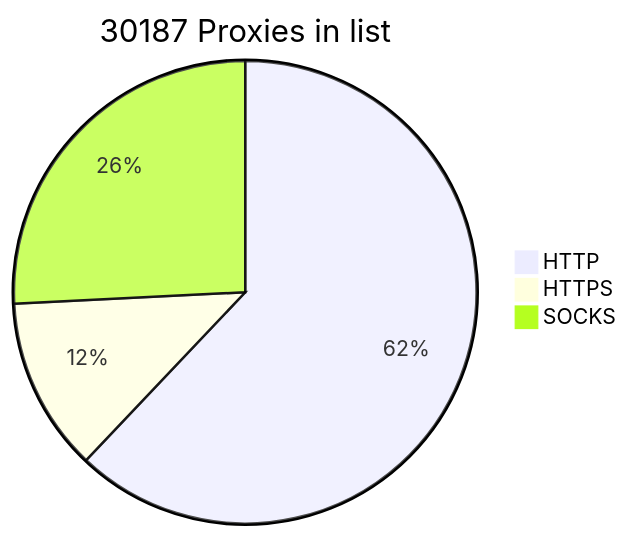
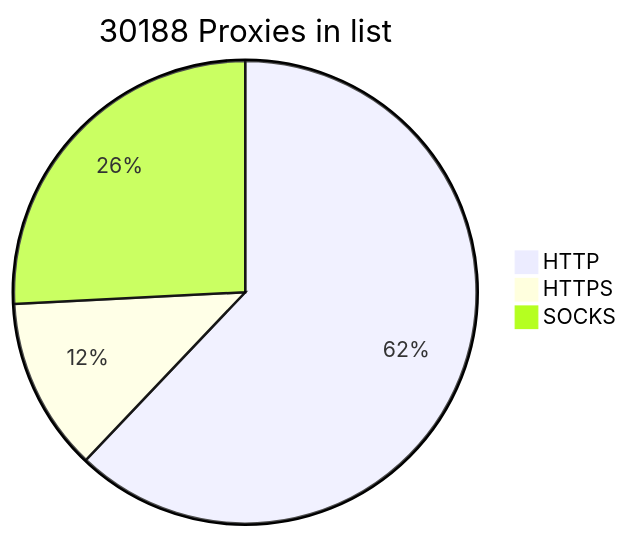
The diagram in README.md (BlackSnowDot/proxylist-update-every-minute), drawn with Mermaid before and after one commit.

````diff
--- a/README.md
+++ b/README.md
@@ -2,6 +2,6 @@
 ```mermaid
-pie title 30187 Proxies in list
-    "HTTP" : 20596
-    "HTTPS": 4027
-    "SOCKS" : 8559
+pie title 30188 Proxies in list
+    "HTTP" : 20597
+    "HTTPS": 4018
+    "SOCKS" : 8560
 ```
````
